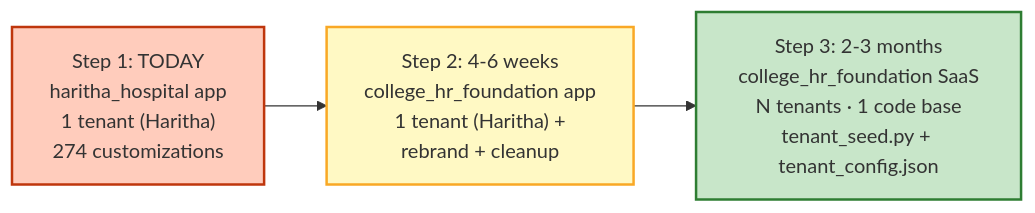
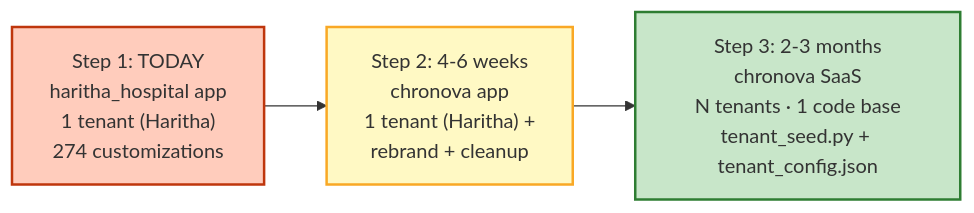
The third of 3 diagrams in docs/architecture/02-multi-tenant-architecture.md (venkat-narasimha/chronova), drawn with Mermaid before and after one commit. The commit also changed other lines of this file and 8 other files, not shown here.

First line of the commit message:
Rename: College HR Foundation -> Chronova

````diff
--- a/docs/architecture/02-multi-tenant-architecture.md
+++ b/docs/architecture/02-multi-tenant-architecture.md
@@ -193,10 +193,10 @@
 ```mermaid
 flowchart LR
     S1["Step 1: TODAY<br/>haritha_hospital app<br/>1 tenant (Haritha)<br/>274 customizations"]:::now --> S2
-    S2["Step 2: 4-6 weeks<br/>college_hr_foundation app<br/>1 tenant (Haritha) +<br/>rebrand + cleanup"]:::next --> S3
-    S3["Step 3: 2-3 months<br/>college_hr_foundation SaaS<br/>N tenants · 1 code base<br/>tenant_seed.py + tenant_config.json"]:::saas
+    S2["Step 2: 4-6 weeks<br/>chronova app<br/>1 tenant (Haritha) +<br/>rebrand + cleanup"]:::next --> S3
+    S3["Step 3: 2-3 months<br/>chronova SaaS<br/>N tenants · 1 code base<br/>tenant_seed.py + tenant_config.json"]:::saas
 
     classDef now fill:#ffccbc,stroke:#bf360c,stroke-width:2px;
     classDef next fill:#fff9c4,stroke:#f9a825,stroke-width:2px;
     classDef saas fill:#c8e6c9,stroke:#2e7d32,stroke-width:2px;
 ```
````
